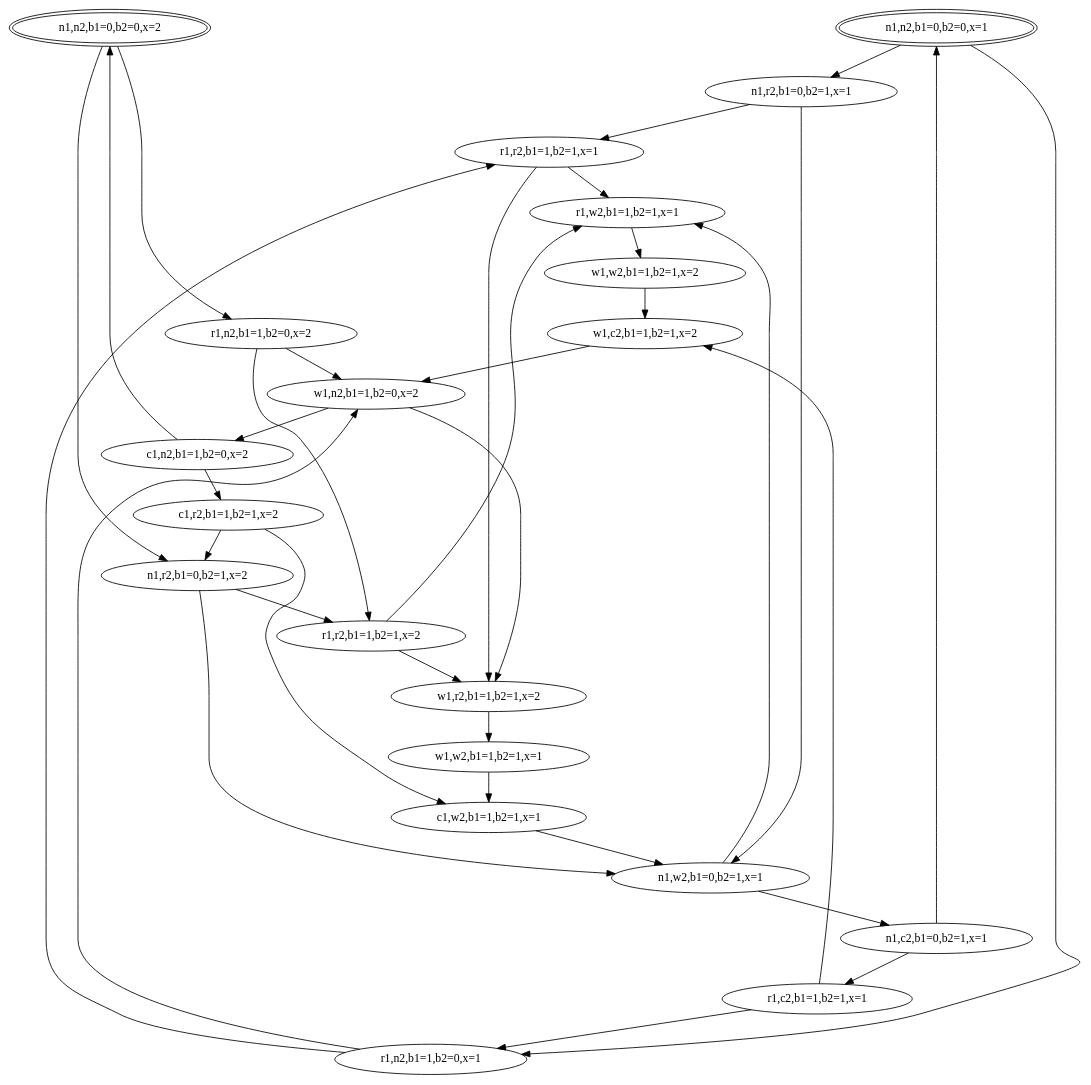
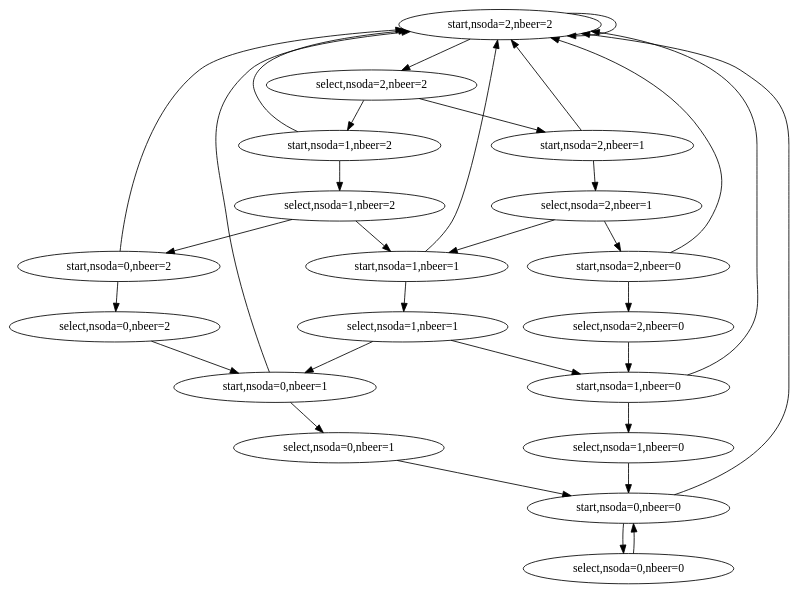
One commit to KiroScarlet/ModelChecking changed the diagram in test.dot. Above: the diagram before and after it, drawn with Graphviz. The commit also changed 5 other files, not shown here.

```diff
--- a/test.dot
+++ b/test.dot
@@ -1,57 +1,43 @@
 digraph G { 
-0[label = "n1,r2,b1=0,b2=1,x=1"]
-1[label = "r1,c2,b1=1,b2=1,x=1"]
-2[label = "r1,w2,b1=1,b2=1,x=1"]
-3[label = "r1,n2,b1=1,b2=0,x=2"]
-4[label = "r1,r2,b1=1,b2=1,x=2"]
-5[label = "w1,n2,b1=1,b2=0,x=2"]
-6[label = "w1,r2,b1=1,b2=1,x=2"]
-7[label = "w1,w2,b1=1,b2=1,x=2"]
-8[label = "c1,n2,b1=1,b2=0,x=2"]
-9[label = "w1,w2,b1=1,b2=1,x=1"]
-10[label = "n1,c2,b1=0,b2=1,x=1"]
-11[label = "r1,r2,b1=1,b2=1,x=1"]
-12[label = "n1,n2,b1=0,b2=0,x=1",peripheries=2]
-13[label = "w1,c2,b1=1,b2=1,x=2"]
-14[label = "c1,w2,b1=1,b2=1,x=1"]
-15[label = "n1,n2,b1=0,b2=0,x=2",peripheries=2]
-16[label = "n1,r2,b1=0,b2=1,x=2"]
-17[label = "c1,r2,b1=1,b2=1,x=2"]
-18[label = "n1,w2,b1=0,b2=1,x=1"]
-19[label = "r1,n2,b1=1,b2=0,x=1"]
-{rank=min;12;15;}
-12->0
-12->19
-15->16
-15->3
-0->18
-0->11
-16->18
-16->4
-18->10
-18->2
-10->12
-10->1
-19->11
-19->5
-3->4
-3->5
-11->2
-11->6
-4->2
-4->6
-2->7
-1->19
-1->13
-5->6
-5->8
-6->9
-9->14
-7->13
-13->5
-8->15
-8->17
-17->16
-17->14
-14->18
+{rank=same;"start,nsoda=2,nbeer=2";}
+{rank=same;"select,nsoda=2,nbeer=2";}
+{rank=same;"start,nsoda=1,nbeer=2";"start,nsoda=2,nbeer=1";}
+{rank=same;"select,nsoda=1,nbeer=2";"select,nsoda=2,nbeer=1";}
+{rank=same;"start,nsoda=0,nbeer=2";"start,nsoda=1,nbeer=1";"start,nsoda=2,nbeer=0";}
+{rank=same;"select,nsoda=0,nbeer=2";"select,nsoda=1,nbeer=1";"select,nsoda=2,nbeer=0";}
+{rank=same;"start,nsoda=0,nbeer=1";"start,nsoda=1,nbeer=0";}
+{rank=same;"select,nsoda=0,nbeer=1";"select,nsoda=1,nbeer=0";}
+{rank=same;"start,nsoda=0,nbeer=0";}
+{rank=same;"select,nsoda=0,nbeer=0";}
+{"start,nsoda=2,nbeer=2"}->{"start,nsoda=2,nbeer=2"}
+{"start,nsoda=2,nbeer=2"}->{"select,nsoda=2,nbeer=2"}
+{"select,nsoda=2,nbeer=2"}->{"start,nsoda=1,nbeer=2"}
+{"select,nsoda=2,nbeer=2"}->{"start,nsoda=2,nbeer=1"}
+{"start,nsoda=1,nbeer=2"}->{"start,nsoda=2,nbeer=2"}
+{"start,nsoda=1,nbeer=2"}->{"select,nsoda=1,nbeer=2"}
+{"start,nsoda=2,nbeer=1"}->{"start,nsoda=2,nbeer=2"}
+{"start,nsoda=2,nbeer=1"}->{"select,nsoda=2,nbeer=1"}
+{"select,nsoda=1,nbeer=2"}->{"start,nsoda=0,nbeer=2"}
+{"select,nsoda=1,nbeer=2"}->{"start,nsoda=1,nbeer=1"}
+{"select,nsoda=2,nbeer=1"}->{"start,nsoda=1,nbeer=1"}
+{"select,nsoda=2,nbeer=1"}->{"start,nsoda=2,nbeer=0"}
+{"start,nsoda=0,nbeer=2"}->{"start,nsoda=2,nbeer=2"}
+{"start,nsoda=0,nbeer=2"}->{"select,nsoda=0,nbeer=2"}
+{"start,nsoda=1,nbeer=1"}->{"start,nsoda=2,nbeer=2"}
+{"start,nsoda=1,nbeer=1"}->{"select,nsoda=1,nbeer=1"}
+{"start,nsoda=2,nbeer=0"}->{"start,nsoda=2,nbeer=2"}
+{"start,nsoda=2,nbeer=0"}->{"select,nsoda=2,nbeer=0"}
+{"select,nsoda=0,nbeer=2"}->{"start,nsoda=0,nbeer=1"}
+{"select,nsoda=1,nbeer=1"}->{"start,nsoda=0,nbeer=1"}
+{"select,nsoda=1,nbeer=1"}->{"start,nsoda=1,nbeer=0"}
+{"select,nsoda=2,nbeer=0"}->{"start,nsoda=1,nbeer=0"}
+{"start,nsoda=0,nbeer=1"}->{"start,nsoda=2,nbeer=2"}
+{"start,nsoda=0,nbeer=1"}->{"select,nsoda=0,nbeer=1"}
+{"start,nsoda=1,nbeer=0"}->{"start,nsoda=2,nbeer=2"}
+{"start,nsoda=1,nbeer=0"}->{"select,nsoda=1,nbeer=0"}
+{"select,nsoda=0,nbeer=1"}->{"start,nsoda=0,nbeer=0"}
+{"select,nsoda=1,nbeer=0"}->{"start,nsoda=0,nbeer=0"}
+{"start,nsoda=0,nbeer=0"}->{"start,nsoda=2,nbeer=2"}
+{"start,nsoda=0,nbeer=0"}->{"select,nsoda=0,nbeer=0"}
+{"select,nsoda=0,nbeer=0"}->{"start,nsoda=0,nbeer=0"}
 }
```
